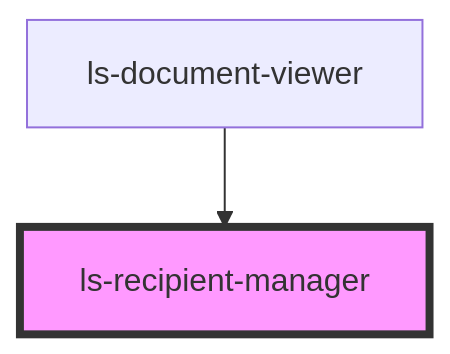
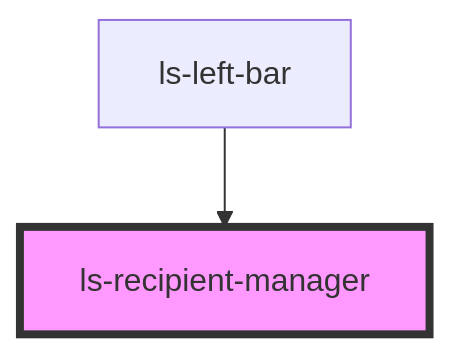
One commit to legalesign/ls-document-viewer changed the diagram in src/components/ls-recipient-manager/readme.md. Above: the diagram before and after it, drawn with Mermaid. The commit also changed other lines of this file and 19 other files, not shown here.

````diff
--- a/src/components/ls-recipient-manager/readme.md
+++ b/src/components/ls-recipient-manager/readme.md
@@ -15,5 +15,5 @@
 ```mermaid
 graph TD;
-  ls-document-viewer --> ls-recipient-manager
+  ls-left-bar --> ls-recipient-manager
   style ls-recipient-manager fill:#f9f,stroke:#333,stroke-width:4px
 ```
````
